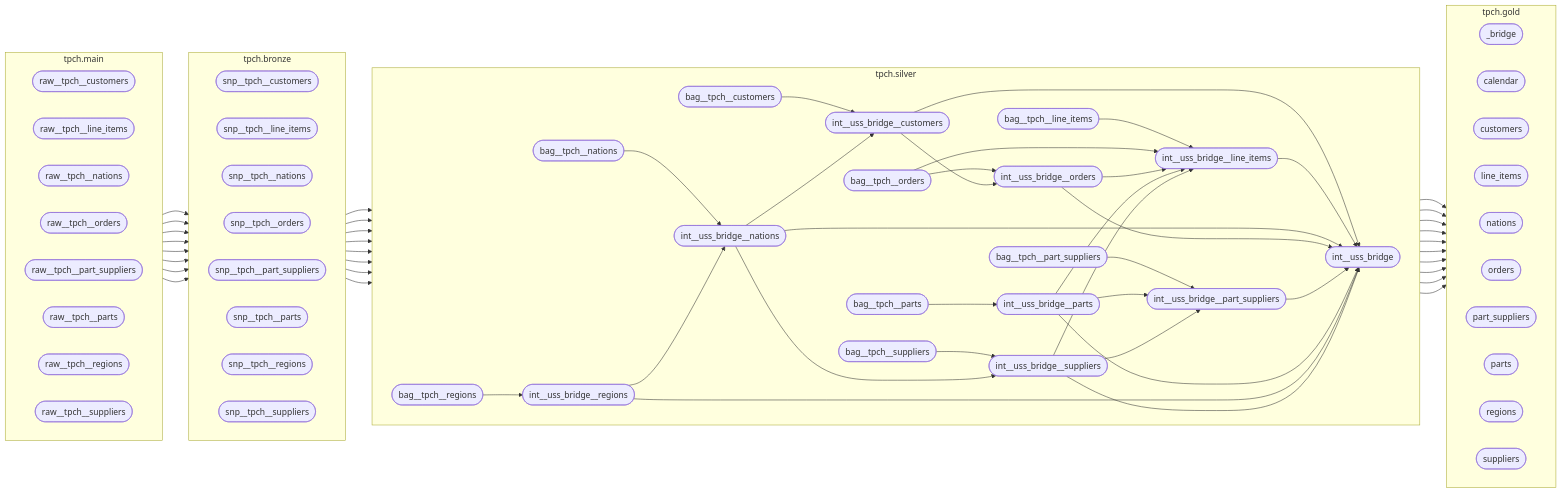
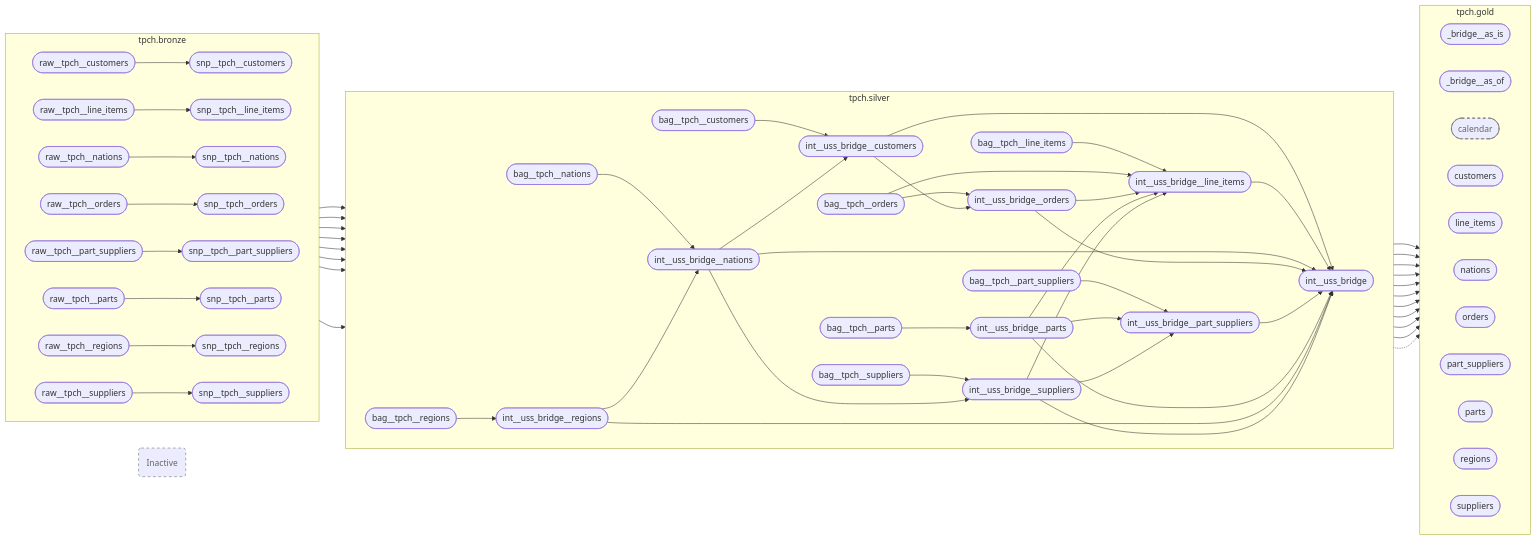
The diagram in dag.mmd (mattiasthalen/tpch), drawn with Mermaid before and after one commit. The commit also changed 12 other files, not shown here.

```diff
--- a/dag.mmd
+++ b/dag.mmd
@@ -1,119 +1,123 @@
 flowchart LR
     subgraph tpch.bronze["tpch.bronze"]
         direction LR
+        raw__tpch__customers(["raw__tpch__customers"])
+        raw__tpch__line_items(["raw__tpch__line_items"])
+        raw__tpch__nations(["raw__tpch__nations"])
+        raw__tpch__orders(["raw__tpch__orders"])
+        raw__tpch__part_suppliers(["raw__tpch__part_suppliers"])
+        raw__tpch__parts(["raw__tpch__parts"])
+        raw__tpch__regions(["raw__tpch__regions"])
+        raw__tpch__suppliers(["raw__tpch__suppliers"])
         snp__tpch__customers(["snp__tpch__customers"])
         snp__tpch__line_items(["snp__tpch__line_items"])
         snp__tpch__nations(["snp__tpch__nations"])
         snp__tpch__orders(["snp__tpch__orders"])
         snp__tpch__part_suppliers(["snp__tpch__part_suppliers"])
         snp__tpch__parts(["snp__tpch__parts"])
         snp__tpch__regions(["snp__tpch__regions"])
         snp__tpch__suppliers(["snp__tpch__suppliers"])
     end
 
     subgraph tpch.silver["tpch.silver"]
         direction LR
         bag__tpch__customers(["bag__tpch__customers"])
         bag__tpch__line_items(["bag__tpch__line_items"])
         bag__tpch__nations(["bag__tpch__nations"])
         bag__tpch__orders(["bag__tpch__orders"])
         bag__tpch__part_suppliers(["bag__tpch__part_suppliers"])
         bag__tpch__parts(["bag__tpch__parts"])
         bag__tpch__regions(["bag__tpch__regions"])
         bag__tpch__suppliers(["bag__tpch__suppliers"])
         int__uss_bridge(["int__uss_bridge"])
         int__uss_bridge__customers(["int__uss_bridge__customers"])
         int__uss_bridge__line_items(["int__uss_bridge__line_items"])
         int__uss_bridge__nations(["int__uss_bridge__nations"])
         int__uss_bridge__orders(["int__uss_bridge__orders"])
         int__uss_bridge__part_suppliers(["int__uss_bridge__part_suppliers"])
         int__uss_bridge__parts(["int__uss_bridge__parts"])
         int__uss_bridge__regions(["int__uss_bridge__regions"])
         int__uss_bridge__suppliers(["int__uss_bridge__suppliers"])
     end
 
     subgraph tpch.gold["tpch.gold"]
         direction LR
-        _bridge(["_bridge"])
+        _bridge__as_is(["_bridge__as_is"])
+        _bridge__as_of(["_bridge__as_of"])
         calendar(["calendar"])
         customers(["customers"])
         line_items(["line_items"])
         nations(["nations"])
         orders(["orders"])
         part_suppliers(["part_suppliers"])
         parts(["parts"])
         regions(["regions"])
         suppliers(["suppliers"])
     end
 
-    subgraph tpch.main["tpch.main"]
-        direction LR
-        raw__tpch__customers(["raw__tpch__customers"])
-        raw__tpch__line_items(["raw__tpch__line_items"])
-        raw__tpch__nations(["raw__tpch__nations"])
-        raw__tpch__orders(["raw__tpch__orders"])
-        raw__tpch__part_suppliers(["raw__tpch__part_suppliers"])
-        raw__tpch__parts(["raw__tpch__parts"])
-        raw__tpch__regions(["raw__tpch__regions"])
-        raw__tpch__suppliers(["raw__tpch__suppliers"])
-    end
+    %% tpch.bronze -> tpch.bronze
+    raw__tpch__customers --> snp__tpch__customers
+    raw__tpch__line_items --> snp__tpch__line_items
+    raw__tpch__nations --> snp__tpch__nations
+    raw__tpch__orders --> snp__tpch__orders
+    raw__tpch__part_suppliers --> snp__tpch__part_suppliers
+    raw__tpch__parts --> snp__tpch__parts
+    raw__tpch__regions --> snp__tpch__regions
+    raw__tpch__suppliers --> snp__tpch__suppliers
 
     %% tpch.bronze -> tpch.silver
     snp__tpch__customers --> bag__tpch__customers
     snp__tpch__line_items --> bag__tpch__line_items
     snp__tpch__nations --> bag__tpch__nations
     snp__tpch__orders --> bag__tpch__orders
     snp__tpch__part_suppliers --> bag__tpch__part_suppliers
     snp__tpch__parts --> bag__tpch__parts
     snp__tpch__regions --> bag__tpch__regions
     snp__tpch__suppliers --> bag__tpch__suppliers
 
     %% tpch.silver -> tpch.silver
     bag__tpch__customers --> int__uss_bridge__customers
     bag__tpch__line_items --> int__uss_bridge__line_items
     bag__tpch__nations --> int__uss_bridge__nations
     bag__tpch__orders --> int__uss_bridge__line_items
     bag__tpch__orders --> int__uss_bridge__orders
     bag__tpch__part_suppliers --> int__uss_bridge__part_suppliers
     bag__tpch__parts --> int__uss_bridge__parts
     bag__tpch__regions --> int__uss_bridge__regions
     bag__tpch__suppliers --> int__uss_bridge__suppliers
     int__uss_bridge__customers --> int__uss_bridge
     int__uss_bridge__customers --> int__uss_bridge__orders
     int__uss_bridge__line_items --> int__uss_bridge
     int__uss_bridge__nations --> int__uss_bridge
     int__uss_bridge__nations --> int__uss_bridge__customers
     int__uss_bridge__nations --> int__uss_bridge__suppliers
     int__uss_bridge__orders --> int__uss_bridge
     int__uss_bridge__orders --> int__uss_bridge__line_items
     int__uss_bridge__part_suppliers --> int__uss_bridge
     int__uss_bridge__parts --> int__uss_bridge
     int__uss_bridge__parts --> int__uss_bridge__line_items
     int__uss_bridge__parts --> int__uss_bridge__part_suppliers
     int__uss_bridge__regions --> int__uss_bridge
     int__uss_bridge__regions --> int__uss_bridge__nations
     int__uss_bridge__suppliers --> int__uss_bridge
     int__uss_bridge__suppliers --> int__uss_bridge__line_items
     int__uss_bridge__suppliers --> int__uss_bridge__part_suppliers
 
     %% tpch.silver -> tpch.gold
     bag__tpch__customers --> customers
     bag__tpch__line_items --> line_items
     bag__tpch__nations --> nations
     bag__tpch__orders --> orders
     bag__tpch__part_suppliers --> part_suppliers
     bag__tpch__parts --> parts
     bag__tpch__regions --> regions
     bag__tpch__suppliers --> suppliers
-    int__uss_bridge --> _bridge
-    int__uss_bridge --> calendar
+    int__uss_bridge --> _bridge__as_is
+    int__uss_bridge --> _bridge__as_of
+    int__uss_bridge -.-> calendar
 
-    %% tpch.main -> tpch.bronze
-    raw__tpch__customers --> snp__tpch__customers
-    raw__tpch__line_items --> snp__tpch__line_items
-    raw__tpch__nations --> snp__tpch__nations
-    raw__tpch__orders --> snp__tpch__orders
-    raw__tpch__part_suppliers --> snp__tpch__part_suppliers
-    raw__tpch__parts --> snp__tpch__parts
-    raw__tpch__regions --> snp__tpch__regions
-    raw__tpch__suppliers --> snp__tpch__suppliers
+    inactive("Inactive")
+
+    classDef disabled fill:#gray,stroke:#666,stroke-dasharray: 5 5,color:#666
+    class calendar disabled
+    class inactive disabled
```
